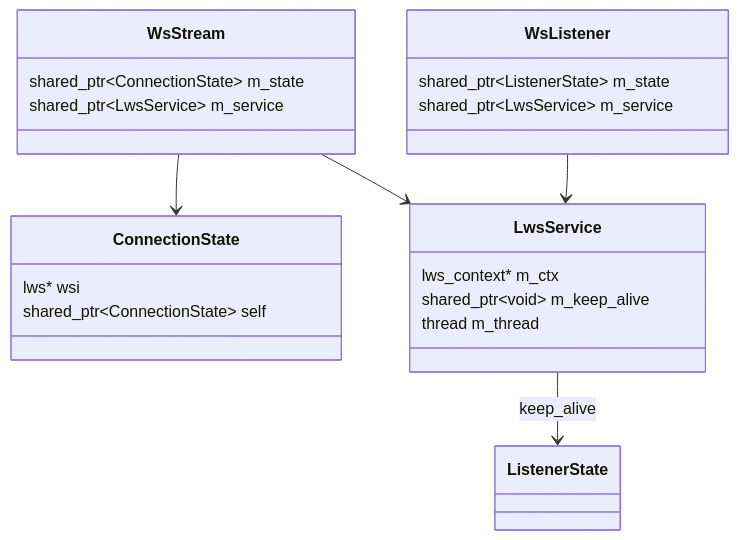
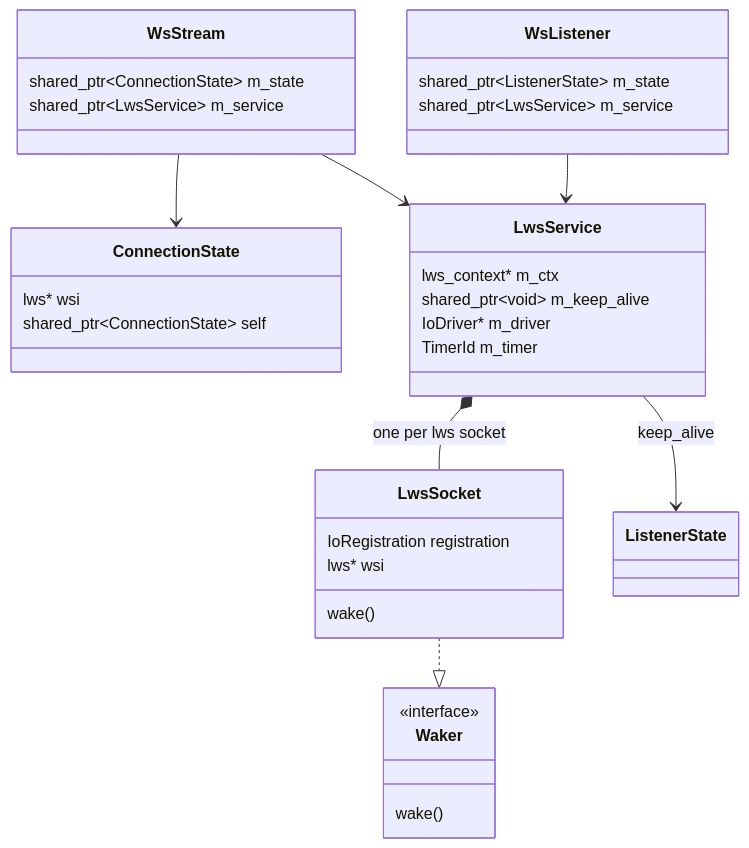
The second of 4 diagrams in doc/design/websocket_stream.md (bts164/coro), drawn with Mermaid before and after one commit. The commit also changed other lines of this file and 24 other files, not shown here.

Commit message:
Redesign of websockets so that lws is now serviced by the worker threads through the IoDriver instead of requiring a separate dedicated thread

````diff
--- a/doc/design/websocket_stream.md
+++ b/doc/design/websocket_stream.md
@@ -156,24 +253,36 @@
 ```mermaid
 classDiagram
     class WsStream {
         shared_ptr~ConnectionState~ m_state
         shared_ptr~LwsService~ m_service
     }
     class WsListener {
         shared_ptr~ListenerState~ m_state
         shared_ptr~LwsService~ m_service
     }
     class LwsService {
         lws_context* m_ctx
         shared_ptr~void~ m_keep_alive
-        thread m_thread
+        IoDriver* m_driver
+        TimerId m_timer
+    }
+    class LwsSocket {
+        IoRegistration registration
+        lws* wsi
+        wake()
+    }
+    class Waker {
+        <<interface>>
+        wake()
     }
     class ConnectionState {
         lws* wsi
         shared_ptr~ConnectionState~ self
     }
     WsStream --> ConnectionState
     WsStream --> LwsService
     WsListener --> LwsService
+    LwsService *-- LwsSocket : one per lws socket
+    LwsSocket ..|> Waker
     LwsService --> ListenerState : keep_alive
 ```
````
